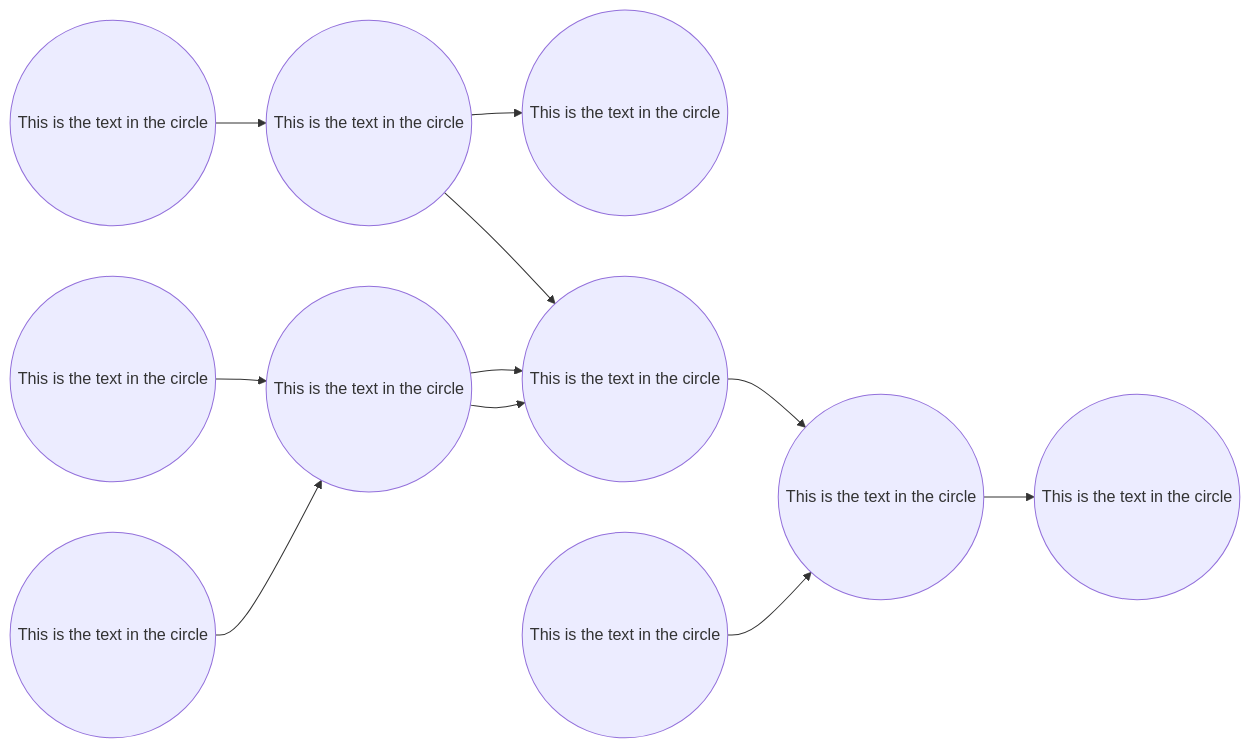
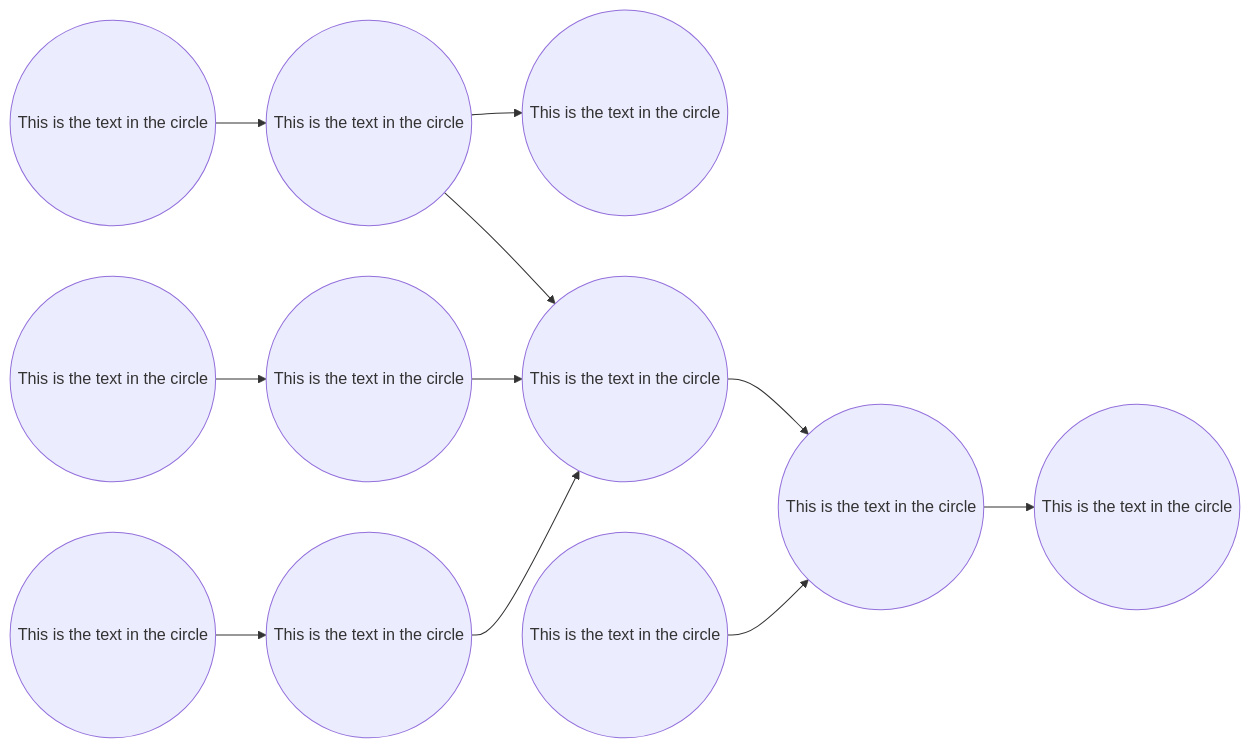
Before and after one commit to gerbssusd/dok: the second of 2 diagrams in slides.md, drawn with Mermaid.

````diff
--- a/slides.md
+++ b/slides.md
@@ -499,16 +499,16 @@
 ```mermaid {scale: .60}
 
 flowchart LR
     id1((This is the text in the circle)) -->
     id2((This is the text in the circle)) -->
     id3((This is the text in the circle))
        id3.1((This is the text in the circle))-->
        id3.2((This is the text in the circle))-->id4
    id2 --> id4((This is the text in the circle)) -->id6
     id5((This is the text in the circle)) -->
     id6((This is the text in the circle)) -->
     id7((This is the text in the circle))
        id7.1((This is the text in the circle))-->
-       id3.2((This is the text in the circle))-->id4
+       id.2((This is the text in the circle))-->id4
 
 ```
````
